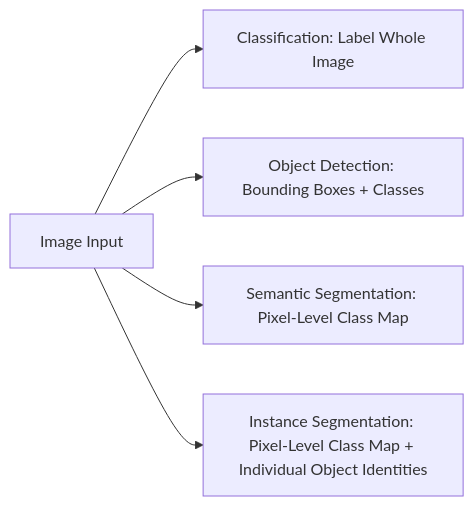
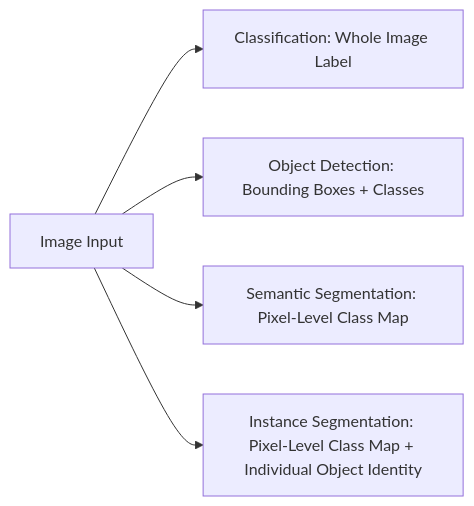
The fourth of 5 diagrams in notes/machine_learning/01_Intro_to_Machine_Learning.md (DeepLumiere/DeepSkills), drawn with Mermaid before and after one commit. The commit also changed other lines of this file and 14 other files, not shown here.

````diff
--- a/notes/machine_learning/01_Intro_to_Machine_Learning.md
+++ b/notes/machine_learning/01_Intro_to_Machine_Learning.md
@@ -446,7 +106,7 @@
 ```mermaid
 flowchart LR
-    A[Image Input] --> B[Classification: Label Whole Image]
-    A --> C[Object Detection: Bounding Boxes + Classes]
-    A --> D[Semantic Segmentation: Pixel-Level Class Map]
-    A --> E[Instance Segmentation: Pixel-Level Class Map + Individual Object Identities]
+    A["Image Input"] --> B["Classification: Whole Image Label"]
+    A --> C["Object Detection: Bounding Boxes + Classes"]
+    A --> D["Semantic Segmentation: Pixel-Level Class Map"]
+    A --> E["Instance Segmentation: Pixel-Level Class Map + Individual Object Identity"]
 ```
````
